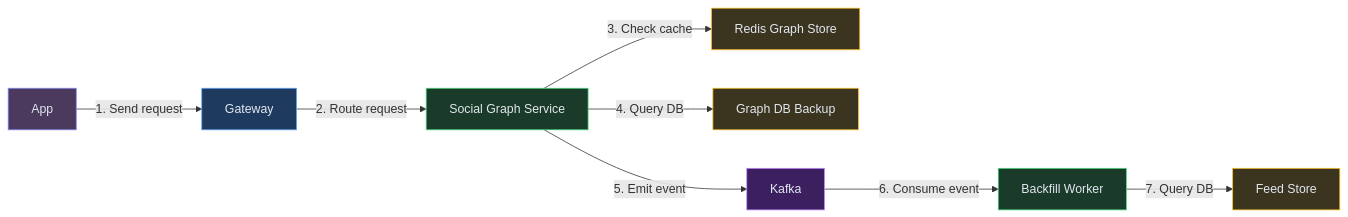
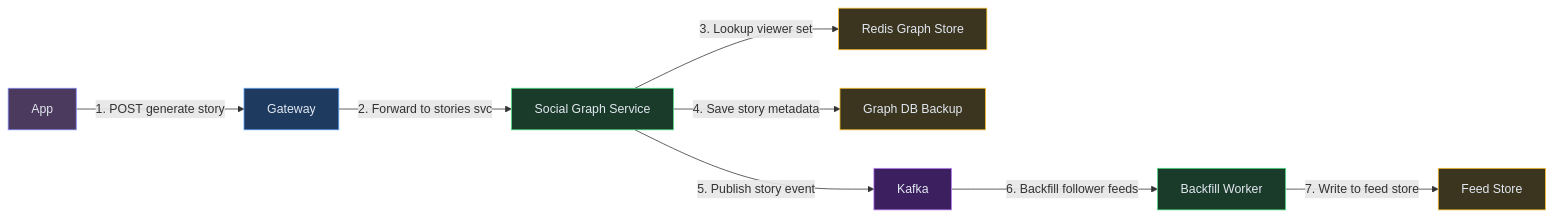
The fourth of 9 diagrams in content/hld/Instagram.md (iluzn/HLD-Designs), drawn with Mermaid before and after one commit. The commit also changed other lines of this file and 27 other files, not shown here.

````diff
--- a/content/hld/Instagram.md
+++ b/content/hld/Instagram.md
@@ -295,25 +295,25 @@
 ```mermaid
 flowchart LR
     App["App"]:::client
     GW["Gateway"]:::edge
     SGS["Social Graph Service"]:::service
     RG["Redis Graph Store"]:::data
     DB["Graph DB Backup"]:::data
     KF["Kafka"]:::async
     BF["Backfill Worker"]:::service
     CASS["Feed Store"]:::data
 
-    App -->|"1. Send request"| GW
-    GW -->|"2. Route request"| SGS
-    SGS -->|"3. Check cache"| RG
-    SGS -->|"4. Query DB"| DB
-    SGS -->|"5. Emit event"| KF
-    KF -->|"6. Consume event"| BF
-    BF -->|"7. Query DB"| CASS
+    App -->|"1. POST generate story"| GW
+    GW -->|"2. Forward to stories svc"| SGS
+    SGS -->|"3. Lookup viewer set"| RG
+    SGS -->|"4. Save story metadata"| DB
+    SGS -->|"5. Publish story event"| KF
+    KF -->|"6. Backfill follower feeds"| BF
+    BF -->|"7. Write to feed store"| CASS
 
     classDef client fill:#4c3a5e,stroke:#818cf8,color:#e2e8f0
     classDef edge fill:#1e3a5f,stroke:#60a5fa,color:#e2e8f0
     classDef service fill:#1a3a2a,stroke:#4ade80,color:#e2e8f0
     classDef async fill:#3b1f5e,stroke:#c084fc,color:#e2e8f0
     classDef data fill:#3b3520,stroke:#fbbf24,color:#e2e8f0
 ```
````
